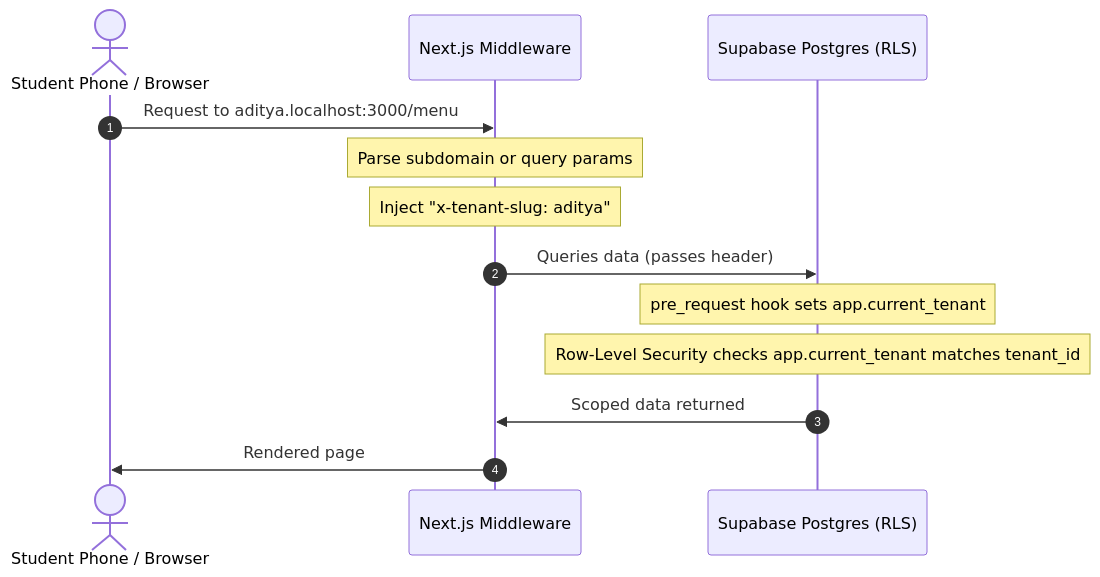
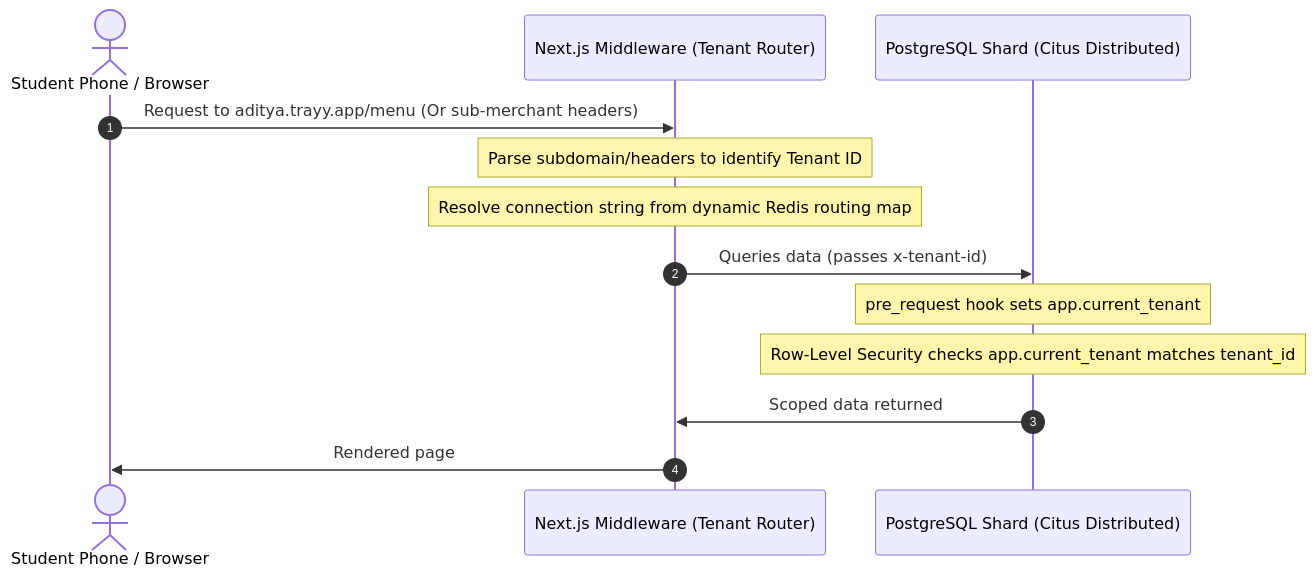
The diagram in README.md (thribhuvan003/Tray), drawn with Mermaid before and after one commit. The commit also changed other lines of this file, not shown here.

````diff
--- a/README.md
+++ b/README.md
@@ -14,16 +14,16 @@
 ```mermaid
 sequenceDiagram
     autonumber
     actor Client as Student Phone / Browser
-    participant Middleware as Next.js Middleware
-    participant Database as Supabase Postgres (RLS)
+    participant Middleware as Next.js Middleware (Tenant Router)
+    participant Database as PostgreSQL Shard (Citus Distributed)
 
-    Client->>Middleware: Request to aditya.localhost:3000/menu
-    Note over Middleware: Parse subdomain or query params
-    Note over Middleware: Inject "x-tenant-slug: aditya"
-    Middleware->>Database: Queries data (passes header)
+    Client->>Middleware: Request to aditya.trayy.app/menu (Or sub-merchant headers)
+    Note over Middleware: Parse subdomain/headers to identify Tenant ID
+    Note over Middleware: Resolve connection string from dynamic Redis routing map
+    Middleware->>Database: Queries data (passes x-tenant-id)
     Note over Database: pre_request hook sets app.current_tenant
     Note over Database: Row-Level Security checks app.current_tenant matches tenant_id
     Database->>Middleware: Scoped data returned
     Middleware->>Client: Rendered page
 ```
````
